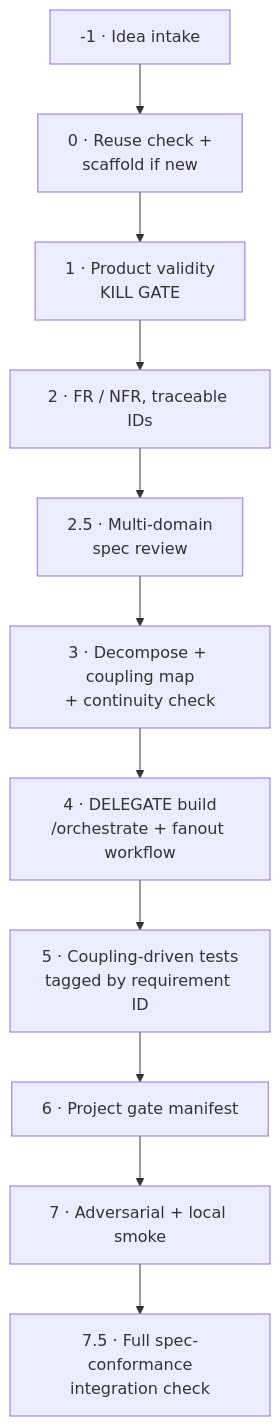
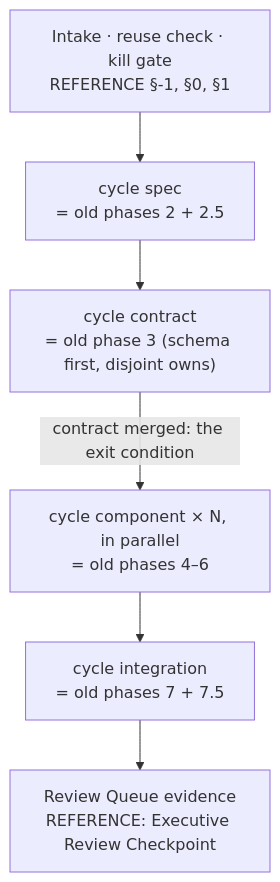
The diagram in skills/dark-factory/SKILL.md (sibulus13/claudence), drawn with Mermaid before and after one commit. The commit also changed other lines of this file and 1 other file, not shown here.

First line of the commit message:
feat: dark-factory SKILL.md is now a compact core over the cycle unit (was 1257 lines; full text preserved in REFERENCE.md)

````diff
--- a/skills/dark-factory/SKILL.md
+++ b/skills/dark-factory/SKILL.md
@@ -16,13 +10,8 @@
 ```mermaid
 flowchart TD
-    N1["-1 · Idea intake"] --> A["0 · Reuse check +<br/>scaffold if new"]
-    A --> B["1 · Product validity<br/>KILL GATE"]
-    B --> C["2 · FR / NFR, traceable IDs"]
-    C --> C5["2.5 · Multi-domain<br/>spec review"]
-    C5 --> D["3 · Decompose + coupling map<br/>+ continuity check"]
-    D --> E["4 · DELEGATE build<br/>/orchestrate + fanout workflow"]
-    E --> F["5 · Coupling-driven tests<br/>tagged by requirement ID"]
-    F --> G["6 · Project gate manifest"]
-    G --> H["7 · Adversarial + local smoke"]
-    H --> H5["7.5 · Full spec-conformance<br/>integration check"]
+  A["Intake · reuse check · kill gate<br/>REFERENCE §-1, §0, §1"] --> B["cycle spec<br/>= old phases 2 + 2.5"]
+  B --> C["cycle contract<br/>= old phase 3 (schema first, disjoint owns)"]
+  C -->|contract merged: the exit condition| D["cycle component × N, in parallel<br/>= old phases 4–6"]
+  D --> E["cycle integration<br/>= old phases 7 + 7.5"]
+  E --> F["Review Queue evidence<br/>REFERENCE: Executive Review Checkpoint"]
 ```
````
